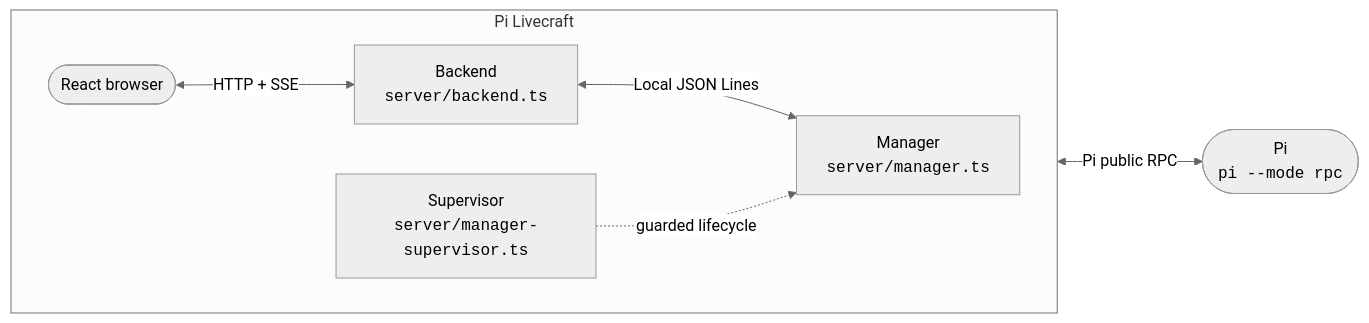
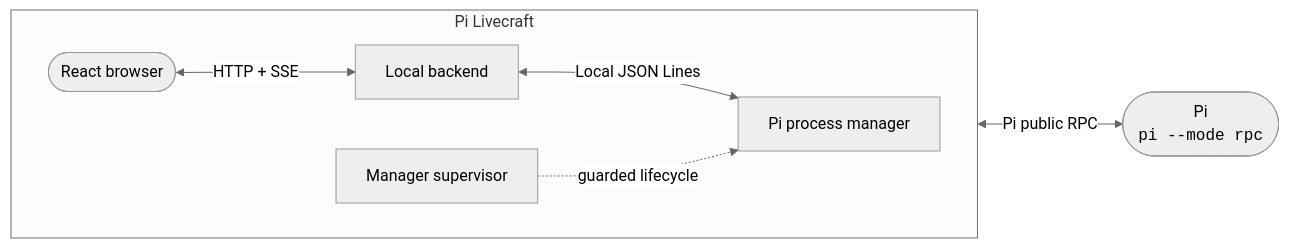
Before and after one commit to andulv/pi-livecraft: the diagram in README.md, drawn with Mermaid (neutral theme). The commit also changed other lines of this file, not shown here.

````diff
--- a/README.md
+++ b/README.md
@@ -78,16 +123,16 @@
 ```mermaid
 flowchart LR
     subgraph Livecraft["Pi Livecraft"]
         direction LR
         Browser(["React browser"])
-        Backend["Backend<br/><code>server/backend.ts</code>"]
-        Manager["Manager<br/><code>server/manager.ts</code>"]
-        Supervisor["Supervisor<br/><code>server/manager-supervisor.ts</code>"]
+        Backend["Local backend"]
+        Manager["Pi process manager"]
+        Supervisor["Manager supervisor"]
 
         Browser <-->|"HTTP + SSE"| Backend
         Backend <-->|"Local JSON Lines"| Manager
         Supervisor -.->|"guarded lifecycle"| Manager
     end
 
     Manager <-->|"Pi public RPC"| Pi(["Pi<br/><code>pi --mode rpc</code>"])
 ```
````
